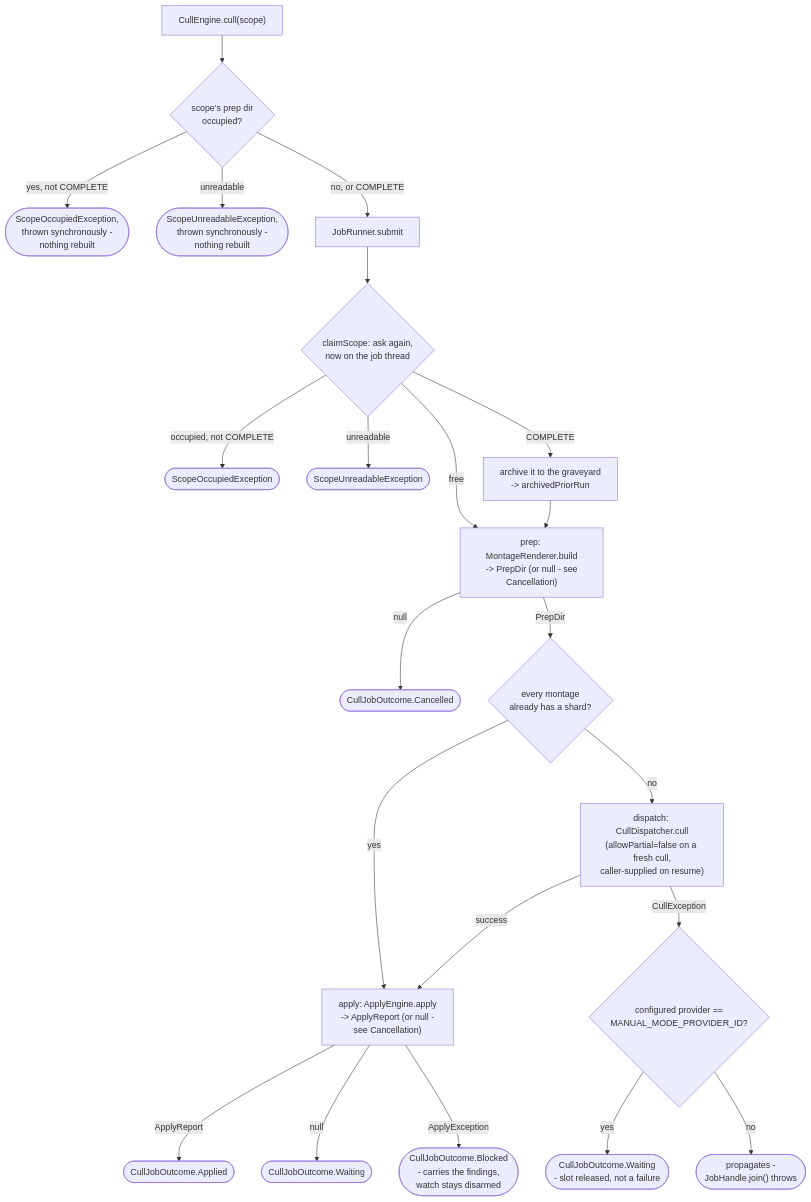
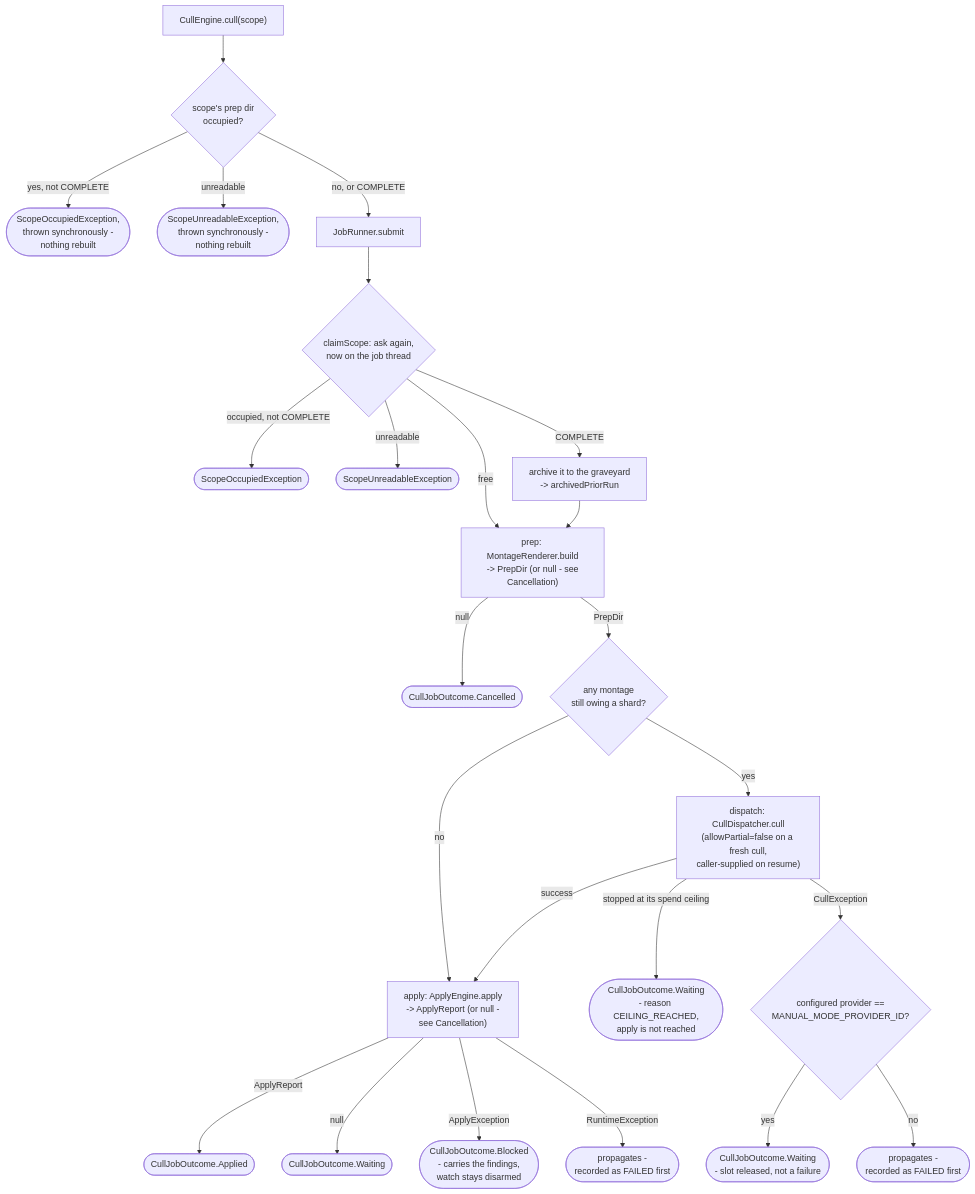
One commit to AdrianNachev91/sluice changed the first of 3 diagrams in app/docs/design/application/service/cull-engine.md. Above: the diagram before and after it, drawn with Mermaid. The commit also changed other lines of this file and 33 other files, not shown here.

First line of the commit message:
feat(java-port): Phase 13c chunk 10a - spend seams and ceiling

````diff
--- a/app/docs/design/application/service/cull-engine.md
+++ b/app/docs/design/application/service/cull-engine.md
@@ -101,25 +101,27 @@
 ```mermaid
 flowchart TD
     A["CullEngine.cull(scope)"] --> W{"scope's prep dir<br/>occupied?"}
     W -- "yes, not COMPLETE" --> WZ(["ScopeOccupiedException,<br/>thrown synchronously -<br/>nothing rebuilt"])
     W -- "unreadable" --> WU(["ScopeUnreadableException,<br/>thrown synchronously -<br/>nothing rebuilt"])
     W -- "no, or COMPLETE" --> B["JobRunner.submit"]
     B --> CS{"claimScope: ask again,<br/>now on the job thread"}
     CS -- "occupied, not COMPLETE" --> WZ2(["ScopeOccupiedException"])
     CS -- "unreadable" --> WU2(["ScopeUnreadableException"])
     CS -- "COMPLETE" --> WA["archive it to the graveyard<br/>-> archivedPriorRun"]
     CS -- "free" --> P
     WA --> P
     P["prep: MontageRenderer.build<br/>-> PrepDir (or null - see<br/>Cancellation)"]
     P -- "null" --> PZ(["CullJobOutcome.Cancelled"])
-    P -- "PrepDir" --> S{"every montage<br/>already has a shard?"}
-    S -- "yes" --> AP["apply: ApplyEngine.apply<br/>-> ApplyReport (or null -<br/>see Cancellation)"]
-    S -- "no" --> D["dispatch: CullDispatcher.cull<br/>(allowPartial=false on a fresh cull,<br/>caller-supplied on resume)"]
+    P -- "PrepDir" --> S{"any montage<br/>still owing a shard?"}
+    S -- "no" --> AP["apply: ApplyEngine.apply<br/>-> ApplyReport (or null -<br/>see Cancellation)"]
+    S -- "yes" --> D["dispatch: CullDispatcher.cull<br/>(allowPartial=false on a fresh cull,<br/>caller-supplied on resume)"]
+    D -- "stopped at its spend ceiling" --> CE(["CullJobOutcome.Waiting<br/>- reason CEILING_REACHED,<br/>apply is not reached"])
     D -- "success" --> AP
     AP -- "ApplyReport" --> APP(["CullJobOutcome.Applied"])
     AP -- "null" --> APZ(["CullJobOutcome.Waiting"])
     AP -- "ApplyException" --> APB(["CullJobOutcome.Blocked<br/>- carries the findings,<br/>watch stays disarmed"])
+    AP -- "RuntimeException" --> APR(["propagates -<br/>recorded as FAILED first"])
     D -- "CullException" --> M{"configured provider ==<br/>MANUAL_MODE_PROVIDER_ID?"}
     M -- "yes" --> WT(["CullJobOutcome.Waiting<br/>- slot released, not a failure"])
-    M -- "no" --> RT(["propagates -<br/>JobHandle.join() throws"])
+    M -- "no" --> RT(["propagates -<br/>recorded as FAILED first"])
 ```
````
